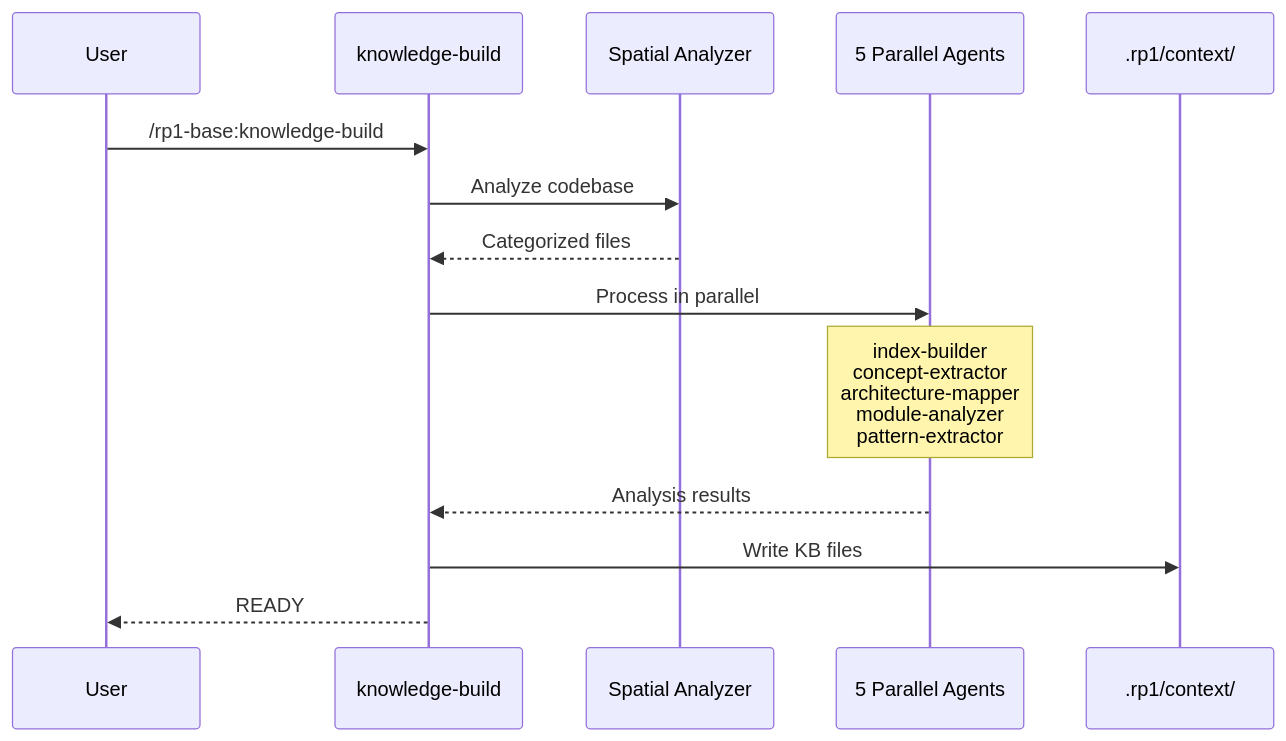
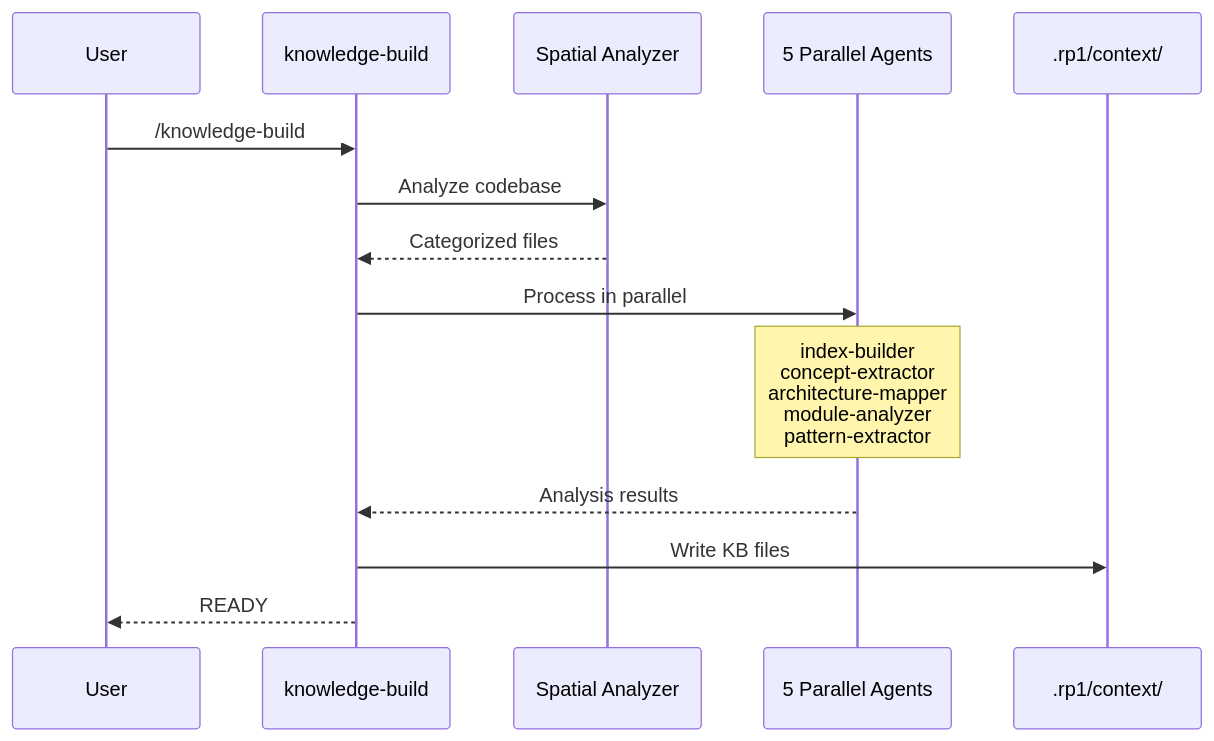
The first of 2 diagrams in docs/concepts/knowledge-aware-agents.md (rp1-run/rp1), drawn with Mermaid before and after one commit. The commit also changed other lines of this file and 41 other files, not shown here.

````diff
--- a/docs/concepts/knowledge-aware-agents.md
+++ b/docs/concepts/knowledge-aware-agents.md
@@ -36,17 +36,17 @@
 ```mermaid
 sequenceDiagram
     participant User
     participant KB as knowledge-build
     participant SA as Spatial Analyzer
     participant Agents as 5 Parallel Agents
     participant Files as .rp1/context/
 
-    User->>KB: /rp1-base:knowledge-build
+    User->>KB: /knowledge-build
     KB->>SA: Analyze codebase
     SA-->>KB: Categorized files
     KB->>Agents: Process in parallel
     Note over Agents: index-builder<br/>concept-extractor<br/>architecture-mapper<br/>module-analyzer<br/>pattern-extractor
     Agents-->>KB: Analysis results
     KB->>Files: Write KB files
     KB-->>User: READY
 ```
````
